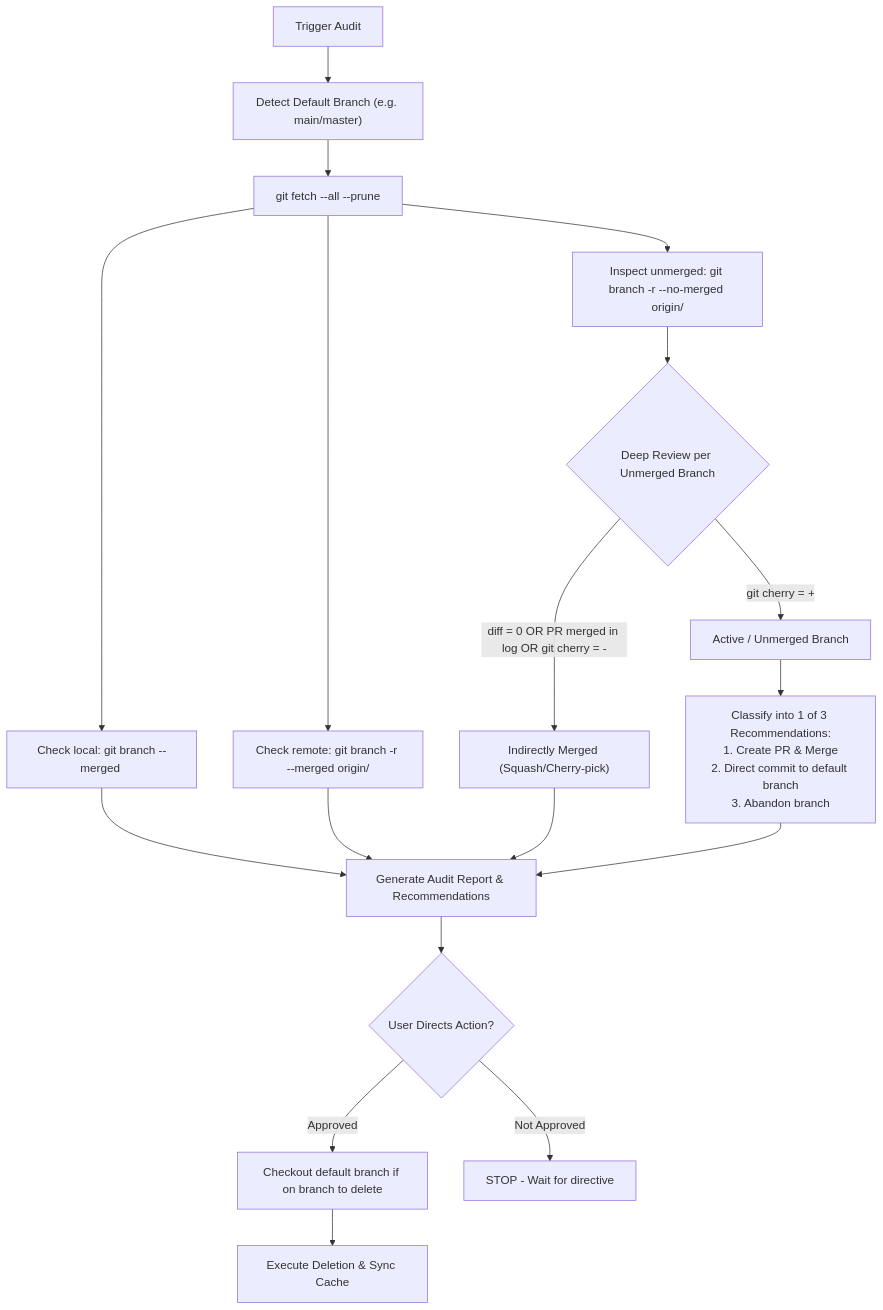
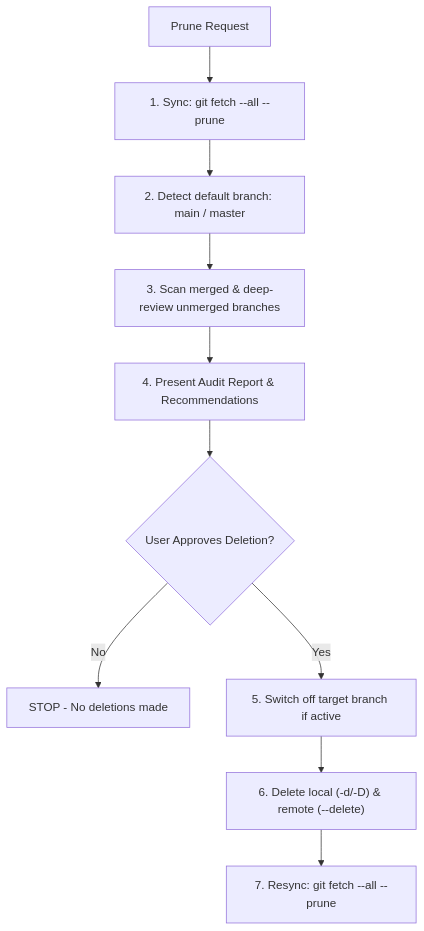
One commit to loerei/patchitRIGHT changed the diagram in .agents/skills/prune-branches/SKILL.md. Above: the diagram before and after it, drawn with Mermaid. The commit also changed other lines of this file and 129 other files, not shown here.

````diff
--- a/.agents/skills/prune-branches/SKILL.md
+++ b/.agents/skills/prune-branches/SKILL.md
@@ -13,24 +12,12 @@
 ```mermaid
 flowchart TD
-    Start["Trigger Audit"] --> Detect["Detect Default Branch (e.g. main/master)"]
-    Detect --> Fetch["git fetch --all --prune"]
-    Fetch --> ListLocal["Check local: git branch --merged <default>"]
-    Fetch --> ListRemote["Check remote: git branch -r --merged origin/<default>"]
-    Fetch --> CheckUnmerged["Inspect unmerged: git branch -r --no-merged origin/<default>"]
-    
-    CheckUnmerged --> DeepReview{"Deep Review per Unmerged Branch"}
-    
-    DeepReview -->|"diff = 0 OR PR merged in log OR git cherry = -"| IndirectMerged["Indirectly Merged (Squash/Cherry-pick)"]
-    DeepReview -->|"git cherry = +"| Unmerged["Active / Unmerged Branch"]
-    
-    IndirectMerged --> Report["Generate Audit Report & Recommendations"]
-    ListLocal --> Report
-    ListRemote --> Report
-    Unmerged --> Classify3["Classify into 1 of 3 Recommendations:<br/>1. Create PR & Merge<br/>2. Direct commit to default branch<br/>3. Abandon branch"]
-    Classify3 --> Report
-    
-    Report --> UserChoice{"User Directs Action?"}
-    UserChoice -->|"Approved"| SwitchBranch["Checkout default branch if on branch to delete"]
-    SwitchBranch --> Prune["Execute Deletion & Sync Cache"]
-    UserChoice -->|"Not Approved"| Stop["STOP - Wait for directive"]
+    Start["Prune Request"] --> Fetch["1. Sync: git fetch --all --prune"]
+    Fetch --> DetectDefault["2. Detect default branch: main / master"]
+    DetectDefault --> Audit["3. Scan merged & deep-review unmerged branches"]
+    Audit --> Report["4. Present Audit Report & Recommendations"]
+    Report --> Choice{"User Approves Deletion?"}
+    Choice -->|"No"| Stop["STOP - No deletions made"]
+    Choice -->|"Yes"| Switch["5. Switch off target branch if active"]
+    Switch --> Delete["6. Delete local (-d/-D) & remote (--delete)"]
+    Delete --> Resync["7. Resync: git fetch --all --prune"]
 ```
````
